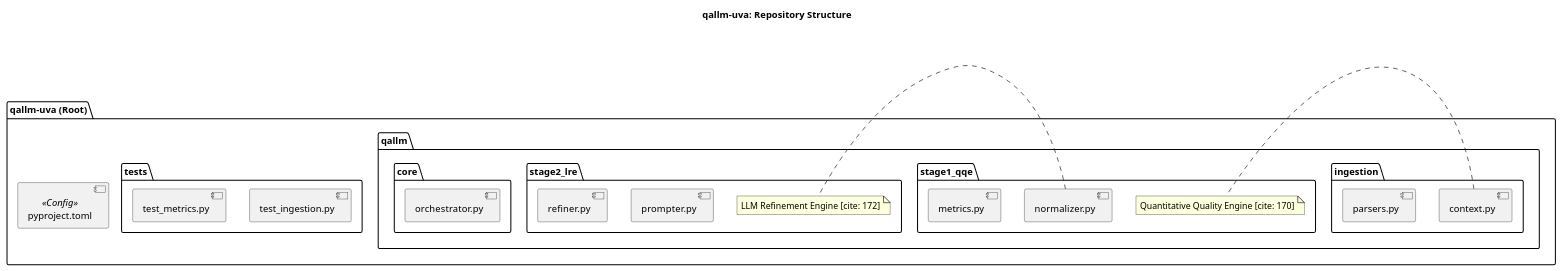
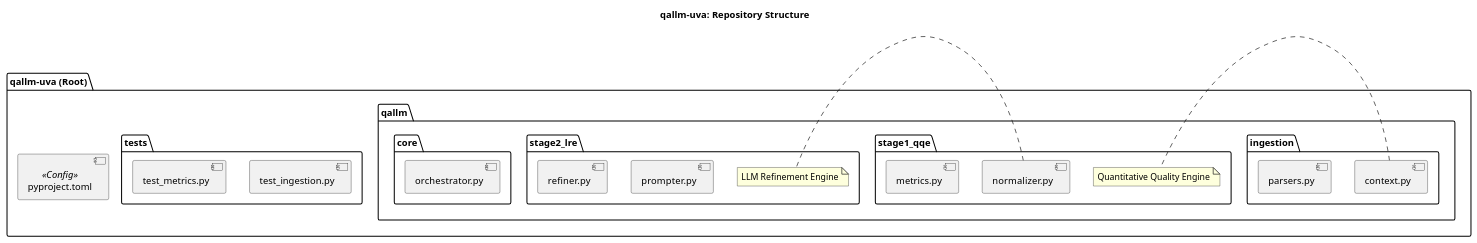
One commit to assaban/qallm-uva changed the diagram in docs/project/Repository_Structure.puml. Above: the diagram before and after it, drawn with PlantUML. The commit also changed 13 other files, not shown here.

```diff
--- a/docs/project/Repository_Structure.puml
+++ b/docs/project/Repository_Structure.puml
@@ -1,30 +1,30 @@
 @startuml
 title qallm-uva: Repository Structure
 
 package "qallm-uva (Root)" {
     [pyproject.toml] <<Config>>
     package "qallm" {
         package "ingestion" {
             [parsers.py]
             [context.py]
         }
         package "stage1_qqe" {
-            note right: Quantitative Quality Engine [cite: 170]
+            note right: Quantitative Quality Engine
             [metrics.py]
             [normalizer.py]
         }
         package "stage2_lre" {
-            note right: LLM Refinement Engine [cite: 172]
+            note right: LLM Refinement Engine
             [prompter.py]
             [refiner.py]
         }
         package "core" {
             [orchestrator.py]
         }
     }
     package "tests" {
         [test_ingestion.py]
         [test_metrics.py]
     }
 }
 @enduml
```
